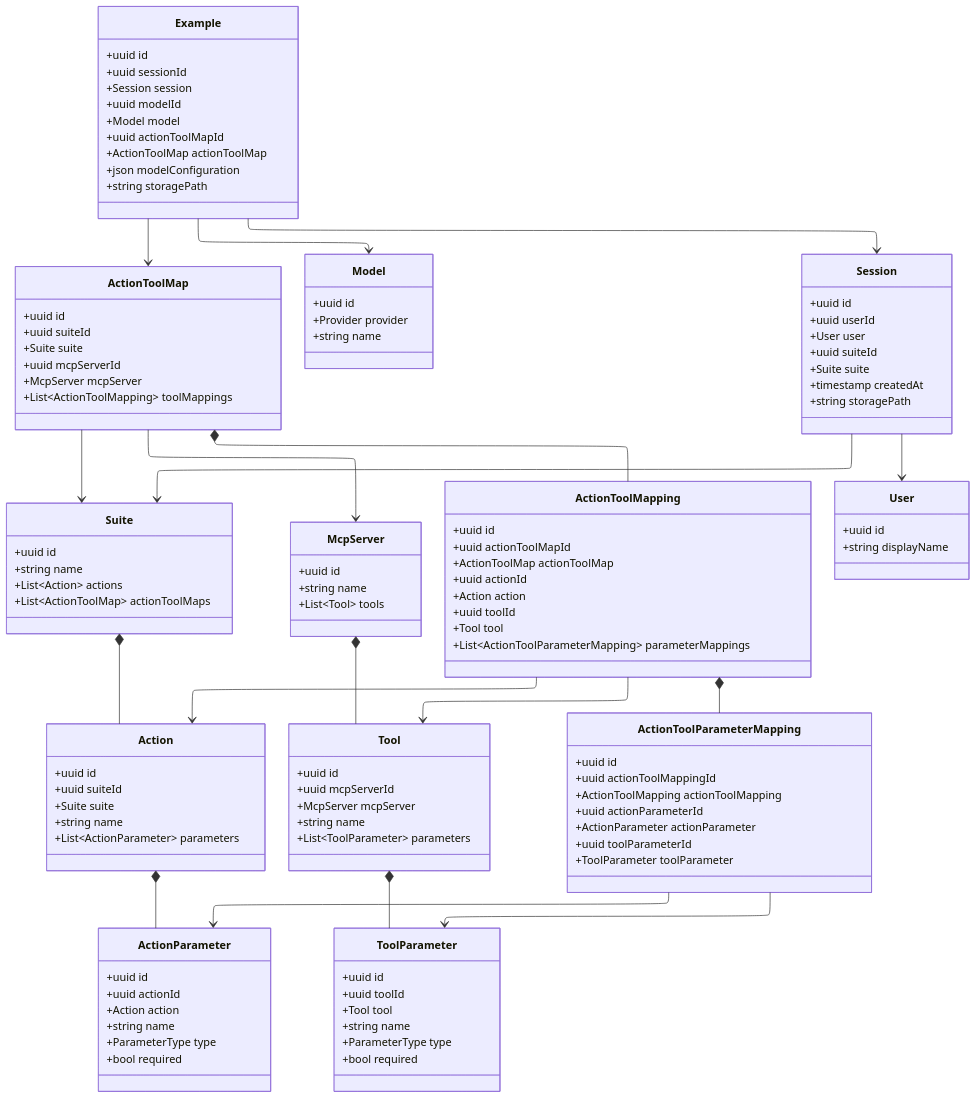
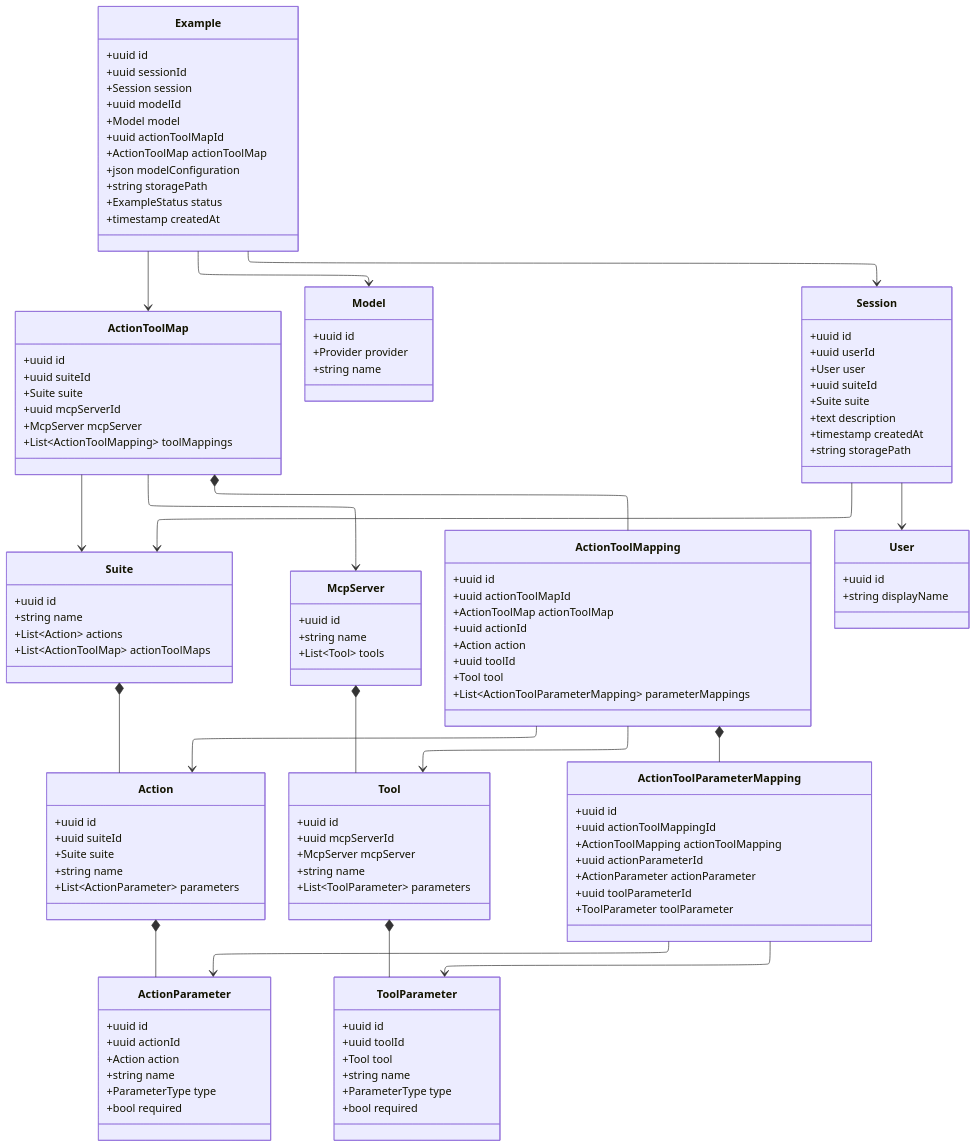
One commit to CRSS-AI/tracepipe-docs changed the first of 3 diagrams in docs/data_model.md. Above: the diagram before and after it, drawn with Mermaid. The commit also changed other lines of this file, not shown here.

Commit message:
docs: add Session.description and Example.status to data model

```diff
--- a/docs/data_model.md
+++ b/docs/data_model.md
@@ -110,6 +110,7 @@
         +User user
         +uuid suiteId
         +Suite suite
+        +text description
         +timestamp createdAt
         +string storagePath
     }
@@ -123,6 +124,8 @@
         +ActionToolMap actionToolMap
         +json modelConfiguration
         +string storagePath
+        +ExampleStatus status
+        +timestamp createdAt
     }
 
     Suite *-- Action
```
